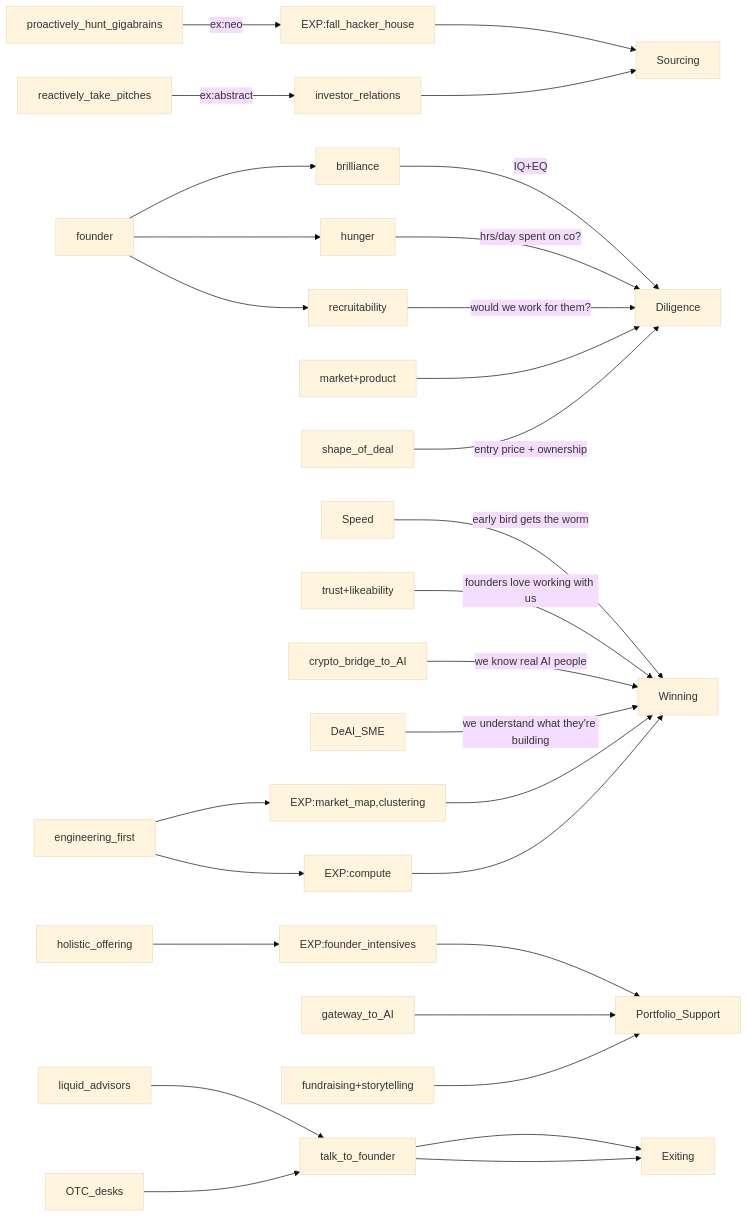
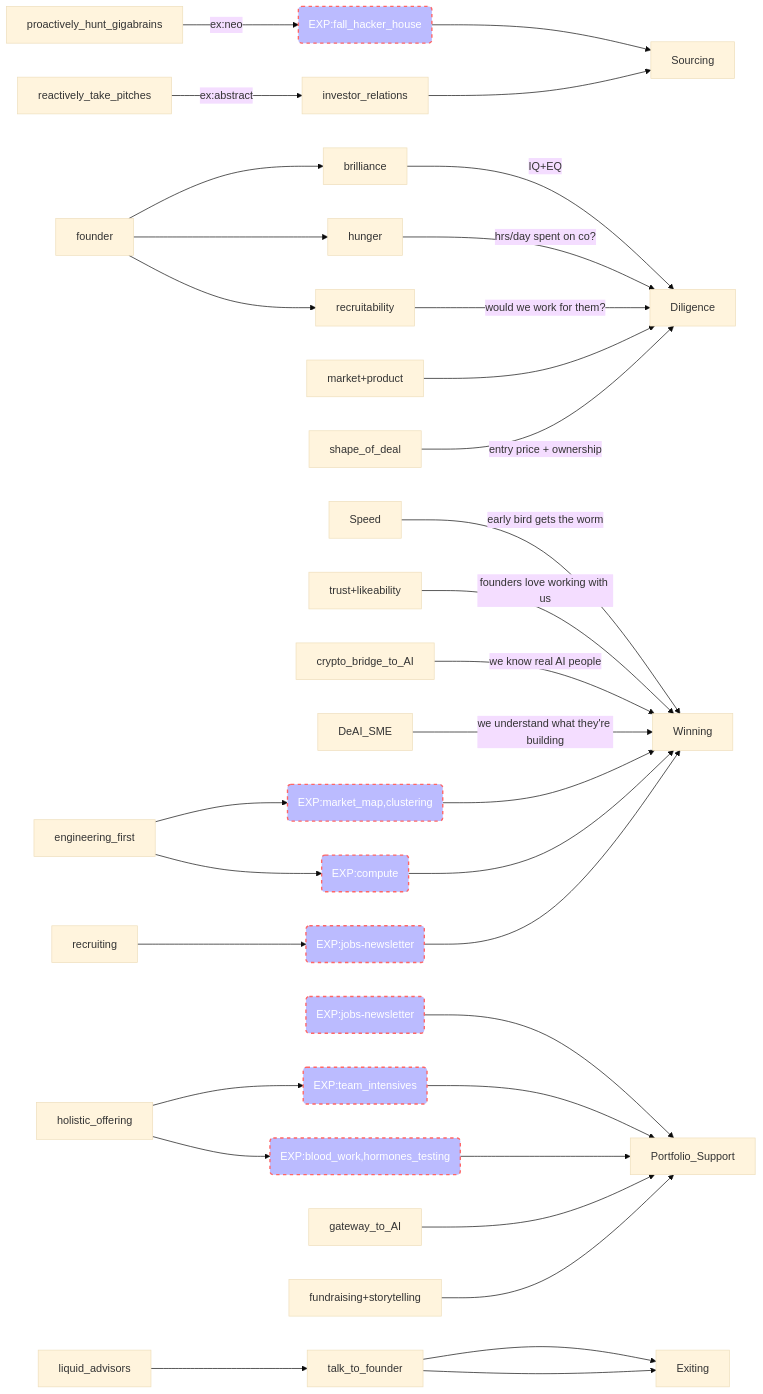
One commit to ckathleen/topology-strategy changed the diagram in README.md. Above: the diagram before and after it, drawn with Mermaid (base theme).

````diff
--- a/README.md
+++ b/README.md
@@ -3,23 +3,35 @@
 ```mermaid
 graph LR
-  proactively_hunt_gigabrains -- ex:neo --> EXP:fall_hacker_house
-  EXP:fall_hacker_house --> Sourcing
-  reactively_take_pitches -- ex:abstract --> investor_relations
-  investor_relations --> Sourcing
+  proactively_hunt_gigabrains -- ex:neo --> exp(EXP:fall_hacker_house) --> Sourcing
+  reactively_take_pitches -- ex:abstract --> investor_relations --> Sourcing
   founder --> brilliance -- IQ+EQ --> Diligence
   founder --> hunger -- hrs/day spent on co? --> Diligence
   founder --> recruitability -- would we work for them? --> Diligence
   market+product --> Diligence
   shape_of_deal -- entry price + ownership --> Diligence
   Speed -- early bird gets the worm --> Winning
   trust+likeability -- founders love working with us --> Winning
   crypto_bridge_to_AI -- we know real AI people --> Winning
   DeAI_SME -- we understand what they're building --> Winning
-  engineering_first --> EXP:market_map,clustering --> Winning
-  engineering_first --> EXP:compute --> Winning
-  holistic_offering --> EXP:founder_intensives --> Portfolio_Support
+  engineering_first --> exp0(EXP:market_map,clustering) --> Winning
+  engineering_first --> exp1(EXP:compute) --> Winning
+  recruiting --> exp2(EXP:jobs-newsletter) --> Winning
+  exp3(EXP:jobs-newsletter) --> Portfolio_Support
+  holistic_offering --> exp4(EXP:team_intensives) --> Portfolio_Support
+  holistic_offering --> exp5(EXP:blood_work,hormones_testing) --> Portfolio_Support
   gateway_to_AI --> Portfolio_Support
   fundraising+storytelling --> Portfolio_Support
-  liquid_advisors -->  talk_to_founder --> Exiting
-  OTC_desks --> talk_to_founder --> Exiting
+  liquid_advisors --> talk_to_founder --> Exiting
+  talk_to_founder --> Exiting
+
+style exp fill:#bbf,stroke:#f66,stroke-width:2px,color:#fff,stroke-dasharray: 5 5
+style exp0 fill:#bbf,stroke:#f66,stroke-width:2px,color:#fff,stroke-dasharray: 5 5
+style exp1 fill:#bbf,stroke:#f66,stroke-width:2px,color:#fff,stroke-dasharray: 5 5
+style exp2 fill:#bbf,stroke:#f66,stroke-width:2px,color:#fff,stroke-dasharray: 5 5
+style exp3 fill:#bbf,stroke:#f66,stroke-width:2px,color:#fff,stroke-dasharray: 5 5
+style exp4 fill:#bbf,stroke:#f66,stroke-width:2px,color:#fff,stroke-dasharray: 5 5
+style exp5 fill:#bbf,stroke:#f66,stroke-width:2px,color:#fff,stroke-dasharray: 5 5
+
+
+
 ```
````
